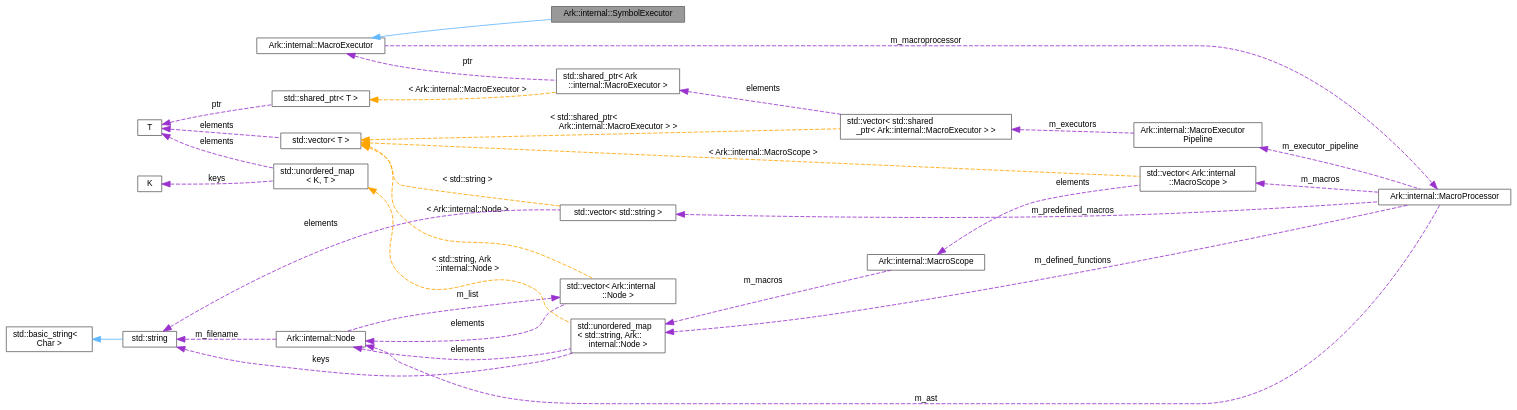
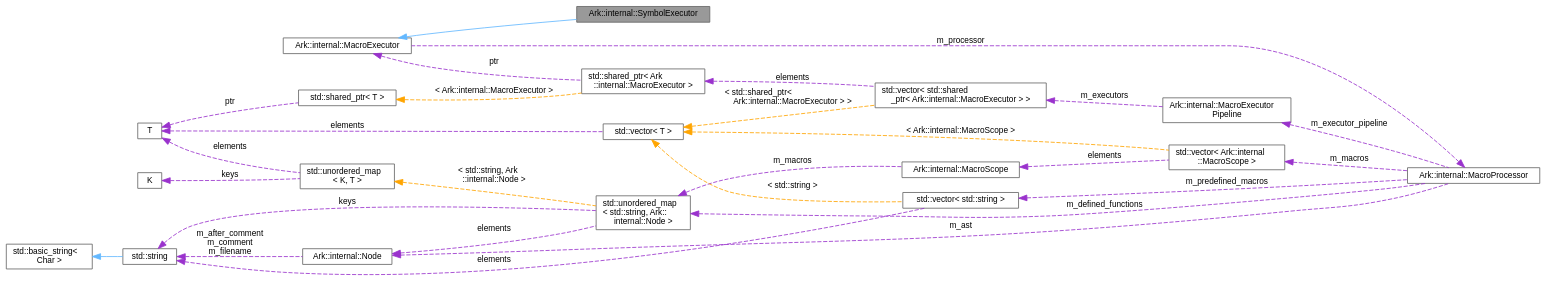
The diagram in impl/df/d2a/classArk_1_1internal_1_1SymbolExecutor__coll__graph.dot (ArkScript-lang/old-website), drawn with Graphviz before and after one commit. The commit also changed 1655 other files, not shown here.

```diff
--- a/impl/df/d2a/classArk_1_1internal_1_1SymbolExecutor__coll__graph.dot
+++ b/impl/df/d2a/classArk_1_1internal_1_1SymbolExecutor__coll__graph.dot
@@ -1,57 +1,53 @@
 digraph "Ark::internal::SymbolExecutor"
 {
  // INTERACTIVE_SVG=YES
  // LATEX_PDF_SIZE
   bgcolor="transparent";
   edge [fontname=Helvetica,fontsize=10,labelfontname=Helvetica,labelfontsize=10];
   node [fontname=Helvetica,fontsize=10,shape=box,height=0.2,width=0.4];
   rankdir="LR";
   Node1 [label="Ark::internal::SymbolExecutor",height=0.2,width=0.4,color="gray40", fillcolor="grey60", style="filled", fontcolor="black",tooltip="Handles Symbol macros."];
   Node2 -> Node1 [dir="back",color="steelblue1",style="solid"];
   Node2 [label="Ark::internal::MacroExecutor",height=0.2,width=0.4,color="gray40", fillcolor="white", style="filled",URL="$d5/d8f/classArk_1_1internal_1_1MacroExecutor.html",tooltip="A class that applies macros in a Node."];
-  Node3 -> Node2 [dir="back",color="darkorchid3",style="dashed",label=" m_macroprocessor" ];
+  Node3 -> Node2 [dir="back",color="darkorchid3",style="dashed",label=" m_processor" ];
   Node3 [label="Ark::internal::MacroProcessor",height=0.2,width=0.4,color="gray40", fillcolor="white", style="filled",URL="$d5/db5/classArk_1_1internal_1_1MacroProcessor.html",tooltip="The class handling the macros definitions and calls, given an AST."];
   Node4 -> Node3 [dir="back",color="darkorchid3",style="dashed",label=" m_ast" ];
   Node4 [label="Ark::internal::Node",height=0.2,width=0.4,color="gray40", fillcolor="white", style="filled",URL="$dc/d9e/classArk_1_1internal_1_1Node.html",tooltip="A node of an Abstract Syntax Tree for ArkScript."];
-  Node5 -> Node4 [dir="back",color="darkorchid3",style="dashed",label=" m_list" ];
-  Node5 [label="std::vector\< Ark::internal\l::Node \>",height=0.2,width=0.4,color="gray40", fillcolor="white", style="filled",tooltip=" "];
-  Node4 -> Node5 [dir="back",color="darkorchid3",style="dashed",label=" elements" ];
-  Node6 -> Node5 [dir="back",color="orange",style="dashed",label=" \< Ark::internal::Node \>" ];
-  Node6 [label="std::vector\< T \>",height=0.2,width=0.4,color="gray40", fillcolor="white", style="filled",tooltip=" "];
-  Node7 -> Node6 [dir="back",color="darkorchid3",style="dashed",label=" elements" ];
-  Node7 [label="T",height=0.2,width=0.4,color="gray40", fillcolor="white", style="filled",tooltip=" "];
-  Node8 -> Node4 [dir="back",color="darkorchid3",style="dashed",label=" m_filename" ];
-  Node8 [label="std::string",height=0.2,width=0.4,color="gray40", fillcolor="white", style="filled",tooltip=" "];
-  Node9 -> Node8 [dir="back",color="steelblue1",style="solid"];
-  Node9 [label="std::basic_string\<\l Char \>",height=0.2,width=0.4,color="gray40", fillcolor="white", style="filled",tooltip=" "];
-  Node10 -> Node3 [dir="back",color="darkorchid3",style="dashed",label=" m_macros" ];
-  Node10 [label="std::vector\< Ark::internal\l::MacroScope \>",height=0.2,width=0.4,color="gray40", fillcolor="white", style="filled",tooltip=" "];
-  Node11 -> Node10 [dir="back",color="darkorchid3",style="dashed",label=" elements" ];
-  Node11 [label="Ark::internal::MacroScope",height=0.2,width=0.4,color="gray40", fillcolor="white", style="filled",URL="$d6/d42/classArk_1_1internal_1_1MacroScope.html",tooltip=" "];
-  Node12 -> Node11 [dir="back",color="darkorchid3",style="dashed",label=" m_macros" ];
-  Node12 [label="std::unordered_map\l\< std::string, Ark::\linternal::Node \>",height=0.2,width=0.4,color="gray40", fillcolor="white", style="filled",tooltip=" "];
-  Node8 -> Node12 [dir="back",color="darkorchid3",style="dashed",label=" keys" ];
-  Node4 -> Node12 [dir="back",color="darkorchid3",style="dashed",label=" elements" ];
-  Node13 -> Node12 [dir="back",color="orange",style="dashed",label=" \< std::string, Ark\l::internal::Node \>" ];
-  Node13 [label="std::unordered_map\l\< K, T \>",height=0.2,width=0.4,color="gray40", fillcolor="white", style="filled",tooltip=" "];
-  Node14 -> Node13 [dir="back",color="darkorchid3",style="dashed",label=" keys" ];
-  Node14 [label="K",height=0.2,width=0.4,color="gray40", fillcolor="white", style="filled",tooltip=" "];
-  Node7 -> Node13 [dir="back",color="darkorchid3",style="dashed",label=" elements" ];
-  Node6 -> Node10 [dir="back",color="orange",style="dashed",label=" \< Ark::internal::MacroScope \>" ];
-  Node15 -> Node3 [dir="back",color="darkorchid3",style="dashed",label=" m_executor_pipeline" ];
-  Node15 [label="Ark::internal::MacroExecutor\lPipeline",height=0.2,width=0.4,color="gray40", fillcolor="white", style="filled",URL="$d7/d22/classArk_1_1internal_1_1MacroExecutorPipeline.html",tooltip="The class that initializes the MacroExecutors."];
-  Node16 -> Node15 [dir="back",color="darkorchid3",style="dashed",label=" m_executors" ];
-  Node16 [label="std::vector\< std::shared\l_ptr\< Ark::internal::MacroExecutor \> \>",height=0.2,width=0.4,color="gray40", fillcolor="white", style="filled",tooltip=" "];
-  Node17 -> Node16 [dir="back",color="darkorchid3",style="dashed",label=" elements" ];
-  Node17 [label="std::shared_ptr\< Ark\l::internal::MacroExecutor \>",height=0.2,width=0.4,color="gray40", fillcolor="white", style="filled",tooltip=" "];
-  Node2 -> Node17 [dir="back",color="darkorchid3",style="dashed",label=" ptr" ];
-  Node18 -> Node17 [dir="back",color="orange",style="dashed",label=" \< Ark::internal::MacroExecutor \>" ];
-  Node18 [label="std::shared_ptr\< T \>",height=0.2,width=0.4,color="gray40", fillcolor="white", style="filled",tooltip=" "];
-  Node7 -> Node18 [dir="back",color="darkorchid3",style="dashed",label=" ptr" ];
-  Node6 -> Node16 [dir="back",color="orange",style="dashed",label=" \< std::shared_ptr\<\l Ark::internal::MacroExecutor \> \>" ];
-  Node19 -> Node3 [dir="back",color="darkorchid3",style="dashed",label=" m_predefined_macros" ];
-  Node19 [label="std::vector\< std::string \>",height=0.2,width=0.4,color="gray40", fillcolor="white", style="filled",tooltip=" "];
-  Node8 -> Node19 [dir="back",color="darkorchid3",style="dashed",label=" elements" ];
-  Node6 -> Node19 [dir="back",color="orange",style="dashed",label=" \< std::string \>" ];
-  Node12 -> Node3 [dir="back",color="darkorchid3",style="dashed",label=" m_defined_functions" ];
+  Node5 -> Node4 [dir="back",color="darkorchid3",style="dashed",label=" m_after_comment\nm_comment\nm_filename" ];
+  Node5 [label="std::string",height=0.2,width=0.4,color="gray40", fillcolor="white", style="filled",tooltip=" "];
+  Node6 -> Node5 [dir="back",color="steelblue1",style="solid"];
+  Node6 [label="std::basic_string\<\l Char \>",height=0.2,width=0.4,color="gray40", fillcolor="white", style="filled",tooltip=" "];
+  Node7 -> Node3 [dir="back",color="darkorchid3",style="dashed",label=" m_macros" ];
+  Node7 [label="std::vector\< Ark::internal\l::MacroScope \>",height=0.2,width=0.4,color="gray40", fillcolor="white", style="filled",tooltip=" "];
+  Node8 -> Node7 [dir="back",color="darkorchid3",style="dashed",label=" elements" ];
+  Node8 [label="Ark::internal::MacroScope",height=0.2,width=0.4,color="gray40", fillcolor="white", style="filled",URL="$d6/d42/classArk_1_1internal_1_1MacroScope.html",tooltip=" "];
+  Node9 -> Node8 [dir="back",color="darkorchid3",style="dashed",label=" m_macros" ];
+  Node9 [label="std::unordered_map\l\< std::string, Ark::\linternal::Node \>",height=0.2,width=0.4,color="gray40", fillcolor="white", style="filled",tooltip=" "];
+  Node5 -> Node9 [dir="back",color="darkorchid3",style="dashed",label=" keys" ];
+  Node4 -> Node9 [dir="back",color="darkorchid3",style="dashed",label=" elements" ];
+  Node10 -> Node9 [dir="back",color="orange",style="dashed",label=" \< std::string, Ark\l::internal::Node \>" ];
+  Node10 [label="std::unordered_map\l\< K, T \>",height=0.2,width=0.4,color="gray40", fillcolor="white", style="filled",tooltip=" "];
+  Node11 -> Node10 [dir="back",color="darkorchid3",style="dashed",label=" keys" ];
+  Node11 [label="K",height=0.2,width=0.4,color="gray40", fillcolor="white", style="filled",tooltip=" "];
+  Node12 -> Node10 [dir="back",color="darkorchid3",style="dashed",label=" elements" ];
+  Node12 [label="T",height=0.2,width=0.4,color="gray40", fillcolor="white", style="filled",tooltip=" "];
+  Node13 -> Node7 [dir="back",color="orange",style="dashed",label=" \< Ark::internal::MacroScope \>" ];
+  Node13 [label="std::vector\< T \>",height=0.2,width=0.4,color="gray40", fillcolor="white", style="filled",tooltip=" "];
+  Node12 -> Node13 [dir="back",color="darkorchid3",style="dashed",label=" elements" ];
+  Node14 -> Node3 [dir="back",color="darkorchid3",style="dashed",label=" m_executor_pipeline" ];
+  Node14 [label="Ark::internal::MacroExecutor\lPipeline",height=0.2,width=0.4,color="gray40", fillcolor="white", style="filled",URL="$d7/d22/classArk_1_1internal_1_1MacroExecutorPipeline.html",tooltip="The class that initializes the MacroExecutors."];
+  Node15 -> Node14 [dir="back",color="darkorchid3",style="dashed",label=" m_executors" ];
+  Node15 [label="std::vector\< std::shared\l_ptr\< Ark::internal::MacroExecutor \> \>",height=0.2,width=0.4,color="gray40", fillcolor="white", style="filled",tooltip=" "];
+  Node16 -> Node15 [dir="back",color="darkorchid3",style="dashed",label=" elements" ];
+  Node16 [label="std::shared_ptr\< Ark\l::internal::MacroExecutor \>",height=0.2,width=0.4,color="gray40", fillcolor="white", style="filled",tooltip=" "];
+  Node2 -> Node16 [dir="back",color="darkorchid3",style="dashed",label=" ptr" ];
+  Node17 -> Node16 [dir="back",color="orange",style="dashed",label=" \< Ark::internal::MacroExecutor \>" ];
+  Node17 [label="std::shared_ptr\< T \>",height=0.2,width=0.4,color="gray40", fillcolor="white", style="filled",tooltip=" "];
+  Node12 -> Node17 [dir="back",color="darkorchid3",style="dashed",label=" ptr" ];
+  Node13 -> Node15 [dir="back",color="orange",style="dashed",label=" \< std::shared_ptr\<\l Ark::internal::MacroExecutor \> \>" ];
+  Node18 -> Node3 [dir="back",color="darkorchid3",style="dashed",label=" m_predefined_macros" ];
+  Node18 [label="std::vector\< std::string \>",height=0.2,width=0.4,color="gray40", fillcolor="white", style="filled",tooltip=" "];
+  Node5 -> Node18 [dir="back",color="darkorchid3",style="dashed",label=" elements" ];
+  Node13 -> Node18 [dir="back",color="orange",style="dashed",label=" \< std::string \>" ];
+  Node9 -> Node3 [dir="back",color="darkorchid3",style="dashed",label=" m_defined_functions" ];
 }
```
